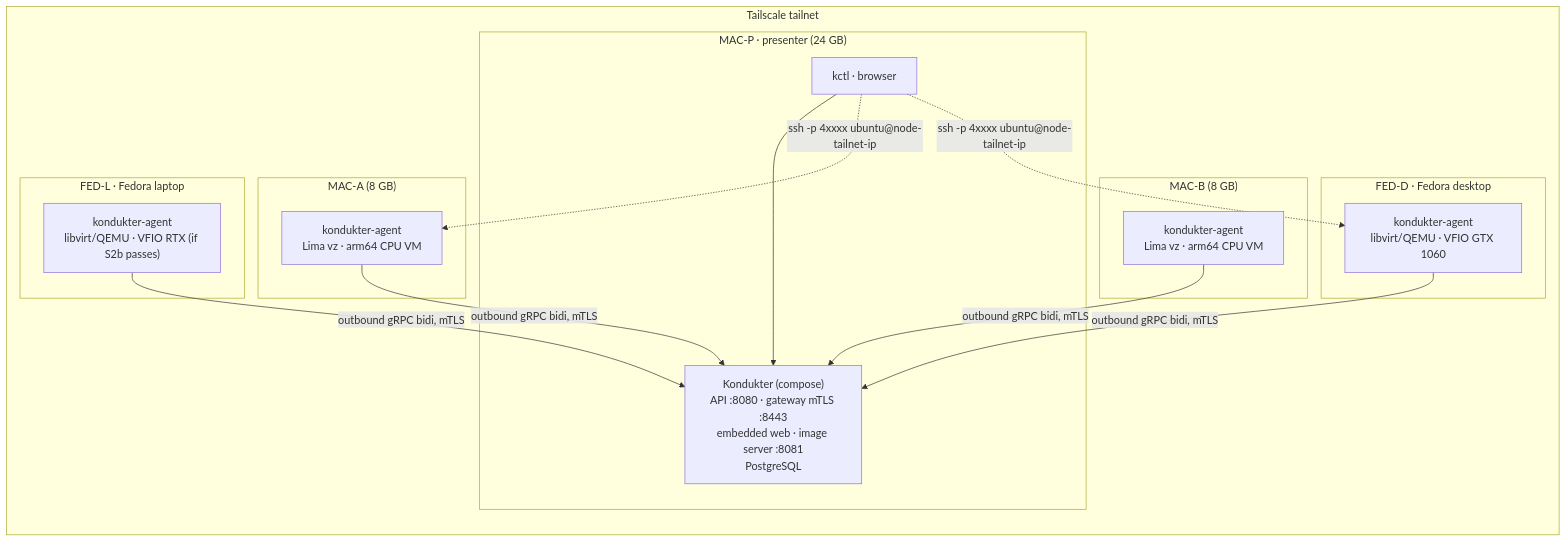
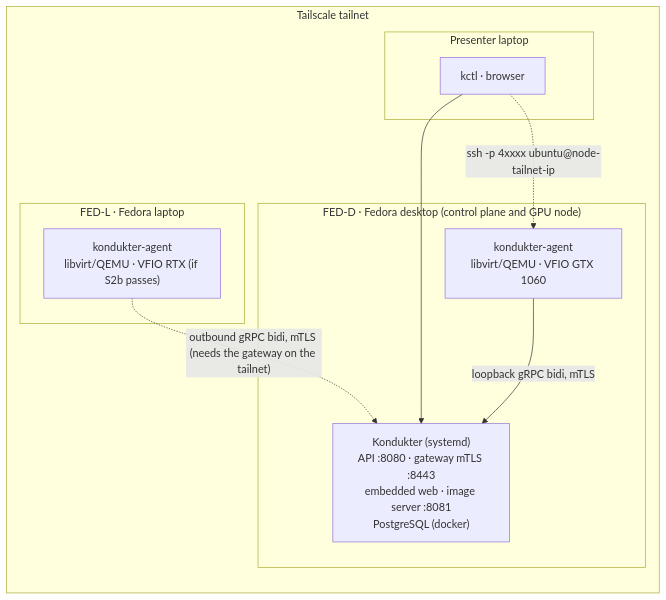
One commit to St1viG/cj changed the diagram in docs/ROADMAP.md. Above: the diagram before and after it, drawn with Mermaid. The commit also changed other lines of this file and 2 other files, not shown here.

````diff
--- a/docs/ROADMAP.md
+++ b/docs/ROADMAP.md
@@ -105,28 +105,19 @@
 ```mermaid
 flowchart LR
   subgraph TN["Tailscale tailnet"]
-    subgraph MACP["MAC-P · presenter (24 GB)"]
-      CP["Kondukter (compose)\nAPI :8080 · gateway mTLS :8443\nembedded web · image server :8081\nPostgreSQL"]
+    subgraph LAP["Presenter laptop"]
       CLI["kctl · browser"]
     end
-    subgraph MACA["MAC-A (8 GB)"]
-      AG1["kondukter-agent\nLima vz · arm64 CPU VM"]
-    end
-    subgraph MACB["MAC-B (8 GB)"]
-      AG2["kondukter-agent\nLima vz · arm64 CPU VM"]
-    end
-    subgraph FEDD["FED-D · Fedora desktop"]
+    subgraph FEDD["FED-D · Fedora desktop (control plane and GPU node)"]
+      CP["Kondukter (systemd)\nAPI :8080 · gateway mTLS :8443\nembedded web · image server :8081\nPostgreSQL (docker)"]
       AG3["kondukter-agent\nlibvirt/QEMU · VFIO GTX 1060"]
     end
     subgraph FEDL["FED-L · Fedora laptop"]
       AG4["kondukter-agent\nlibvirt/QEMU · VFIO RTX (if S2b passes)"]
     end
   end
-  AG1 -->|outbound gRPC bidi, mTLS| CP
-  AG2 -->|outbound gRPC bidi, mTLS| CP
-  AG3 -->|outbound gRPC bidi, mTLS| CP
-  AG4 -->|outbound gRPC bidi, mTLS| CP
+  AG3 -->|loopback gRPC bidi, mTLS| CP
+  AG4 -.->|"outbound gRPC bidi, mTLS (needs the gateway on the tailnet)"| CP
   CLI --> CP
-  CLI -.->|"ssh -p 4xxxx ubuntu@node-tailnet-ip"| AG1
   CLI -.->|"ssh -p 4xxxx ubuntu@node-tailnet-ip"| AG3
 ```
````
